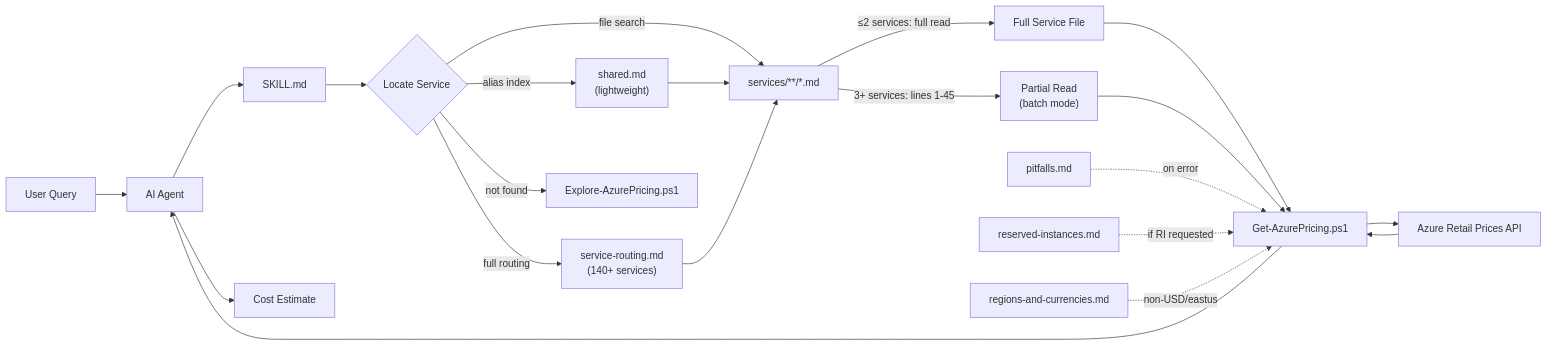
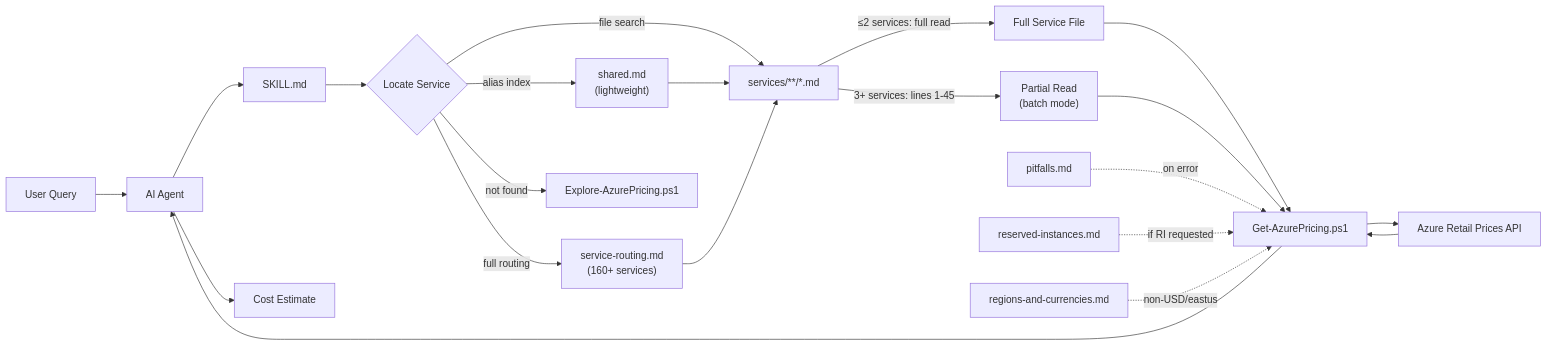
One commit to ahmadabdalla/azure-cost-calculator changed the diagram in README.md. Above: the diagram before and after it, drawn with Mermaid. The commit also changed other lines of this file and 11 other files, not shown here.

````diff
--- a/README.md
+++ b/README.md
@@ -105,24 +105,24 @@
 ```mermaid
 flowchart LR
     A[User Query] --> B[AI Agent]
     B --> C[SKILL.md]
     C --> D{Locate Service}
     D -->|file search| E["services/**/*.md"]
     D -->|alias index| S["shared.md\n(lightweight)"]
-    D -->|full routing| R["service-routing.md\n(140+ services)"]
+    D -->|full routing| R["service-routing.md\n(160+ services)"]
     D -->|not found| F[Explore-AzurePricing.ps1]
     S --> E
     R --> E
     E -->|"≤2 services: full read"| G1["Full Service File"]
     E -->|"3+ services: lines 1-45"| G2["Partial Read\n(batch mode)"]
     G1 --> H[Get-AzurePricing.ps1]
     G2 --> H
     H --> I[Azure Retail Prices API]
     I --> H
     H --> B
     B --> J[Cost Estimate]
 
     P["pitfalls.md"] -.->|on error| H
     RI["reserved-instances.md"] -.->|if RI requested| H
     RG["regions-and-currencies.md"] -.->|non-USD/eastus| H
 ```
````
